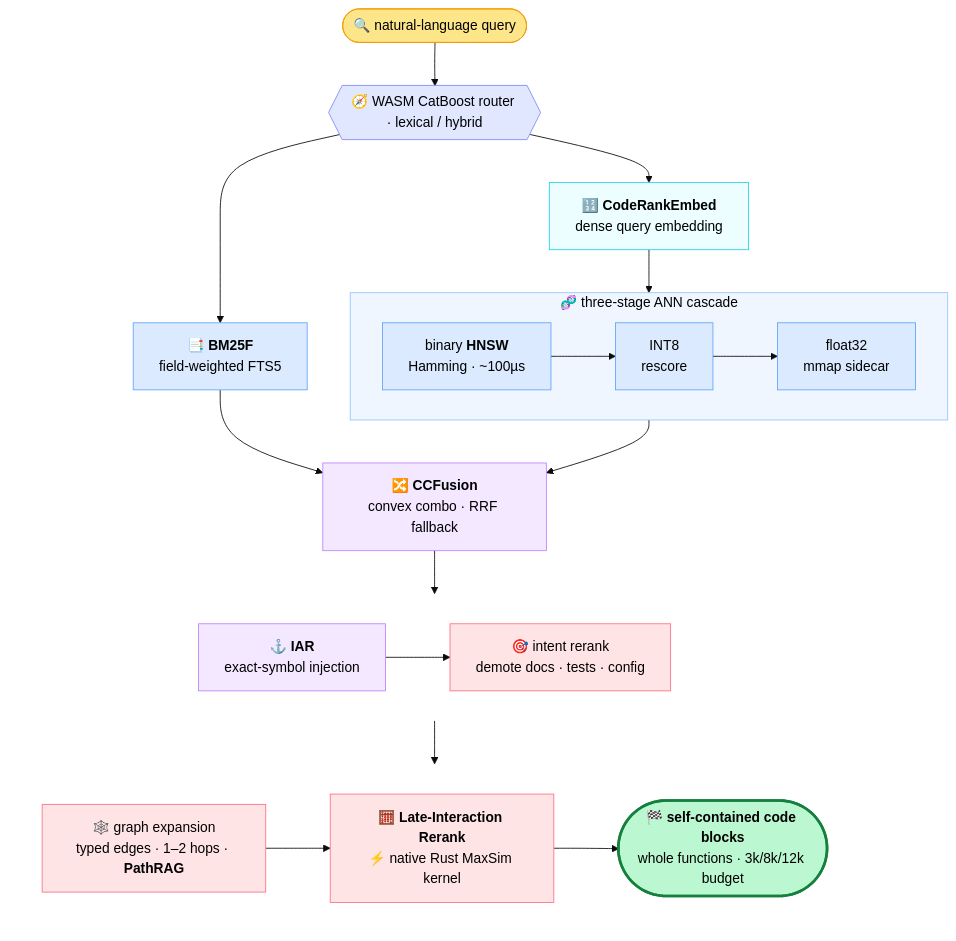
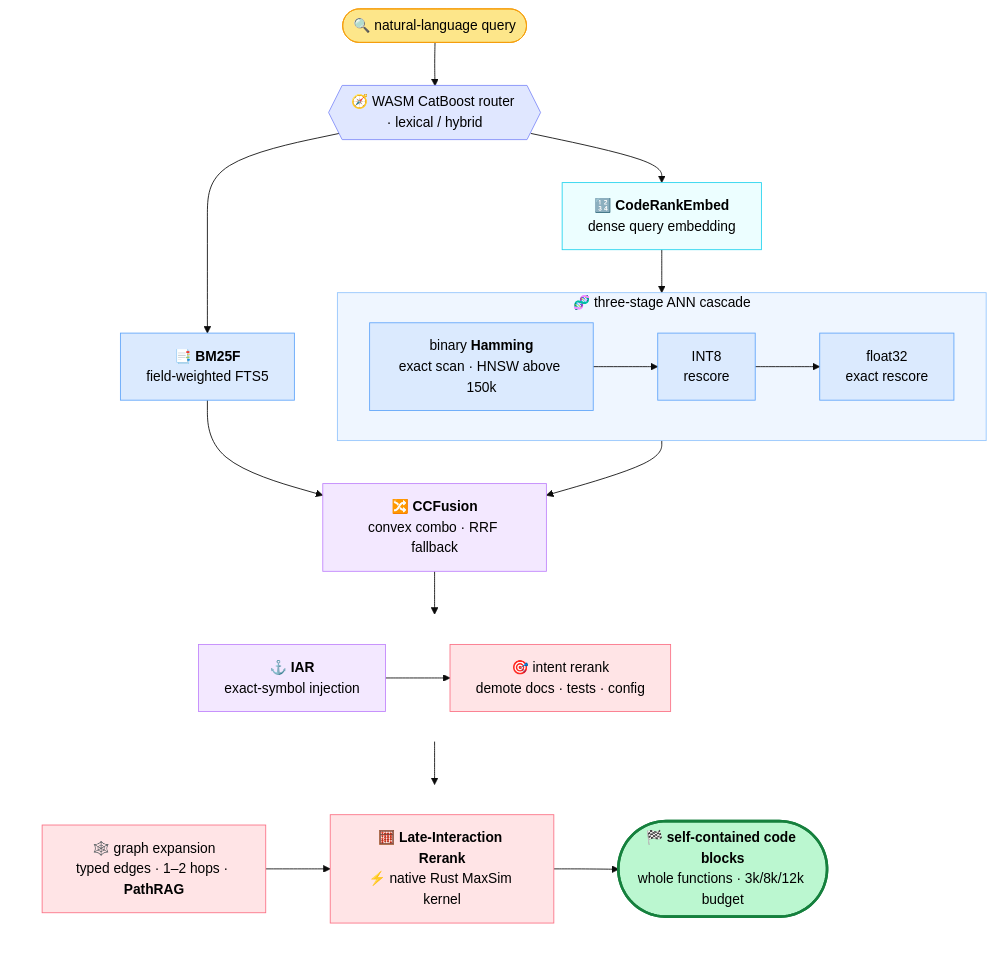
Before and after one commit to mrsladoje/sweet-search: the first of 2 diagrams in README.md, drawn with Mermaid (base theme). The commit also changed other lines of this file and 4 other files, not shown here.

Commit message:
readme: HNSW card on the native C++ rival harness, M3 Max + x86 — 1.5–4.5× faster (1.3–3.5× on x86), AdvTest tie on M3 / loss on x86; x86 chart in the details block; 140k set; pipeline text says exact Hamming scan up to 150k, HNSW walk above, float32 exact rescore (no mmap sidecar)

````diff
--- a/README.md
+++ b/README.md
@@ -621,48 +622,48 @@
 ```mermaid
 flowchart TD
     Q(["🔍  natural-language query"]) --> ROUTE{{"🧭 WASM CatBoost router · lexical / hybrid"}}
 
     ROUTE --> BM["📑 <b>BM25F</b><br/>field-weighted FTS5"]
     ROUTE --> EMB["🔢 <b>CodeRankEmbed</b><br/>dense query embedding"] --> ANN
 
     subgraph ANN ["🧬 three-stage ANN cascade"]
         direction LR
-        BIN["binary <b>HNSW</b><br/>Hamming · ~100µs"] --> INT["INT8<br/>rescore"] --> FL["float32<br/>mmap sidecar"]
+        BIN["binary <b>Hamming</b><br/>exact scan · HNSW above 150k"] --> INT["INT8<br/>rescore"] --> FL["float32<br/>exact rescore"]
     end
 
     BM  --> FUSE
     ANN --> FUSE
     FUSE["🔀 <b>CCFusion</b><br/>convex combo · RRF fallback"] --> ROW1
 
     subgraph ROW1 [" "]
         direction LR
         IAR["⚓ <b>IAR</b><br/>exact-symbol injection"] --> INTENT["🎯 intent rerank<br/>demote docs · tests · config"]
     end
 
     ROW1 --> ROW2
 
     subgraph ROW2 [" "]
         direction LR
         GRAPH["🕸️ graph expansion<br/>typed edges · 1–2 hops · <b>PathRAG</b>"] --> MAXSIM["🧮 <b>Late-Interaction Rerank</b><br/>⚡ native Rust MaxSim kernel"] --> OUT(["🏁 <b>self-contained code blocks</b><br/>whole functions · 3k/8k/12k budget"])
     end
 
     classDef io    fill:#fde68a,stroke:#f59e0b,color:#000;
     classDef out   fill:#bbf7d0,stroke:#15803d,color:#000,stroke-width:3px;
     classDef route fill:#e0e7ff,stroke:#818cf8,color:#000;
     classDef lex   fill:#dbeafe,stroke:#60a5fa,color:#000;
     classDef fuse  fill:#f3e8ff,stroke:#c084fc,color:#000;
     classDef rank  fill:#ffe4e6,stroke:#fb7185,color:#000;
     classDef emb   fill:#ecfeff,stroke:#22d3ee,color:#000;
 
     class Q io;
     class OUT out;
     class ROUTE route;
     class EMB emb;
     class BM,BIN,INT,FL lex;
     class FUSE,IAR fuse;
     class INTENT,GRAPH,MAXSIM rank;
 
     style ANN  fill:#eff6ff,stroke:#93c5fd,color:#000;
     style ROW1 fill:none,stroke:none;
     style ROW2 fill:none,stroke:none;
 ```
````
